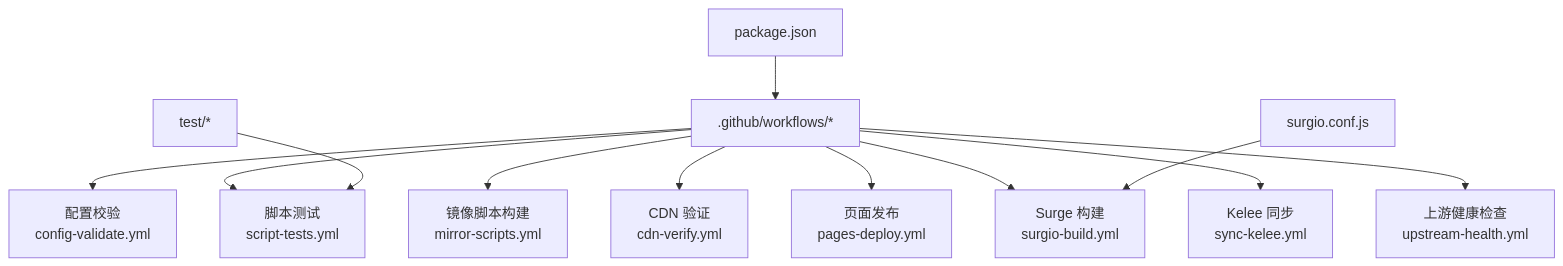
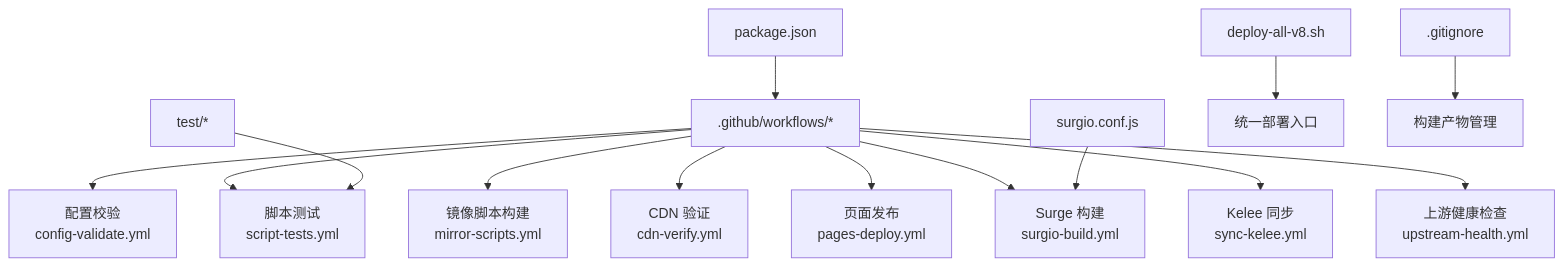
One commit to 3kaiu/config changed the first of 3 diagrams in .qoder/repowiki/zh/content/部署自动化/部署自动化.md. Above: the diagram before and after it, drawn with Mermaid. The commit also changed other lines of this file and 112 other files, not shown here.

````diff
--- a/.qoder/repowiki/zh/content/部署自动化/部署自动化.md
+++ b/.qoder/repowiki/zh/content/部署自动化/部署自动化.md
@@ -44,14 +54,16 @@
 ```mermaid
 graph TB
 A[".github/workflows/*"] --> B["配置校验<br/>config-validate.yml"]
 A --> C["脚本测试<br/>script-tests.yml"]
 A --> D["镜像脚本构建<br/>mirror-scripts.yml"]
 A --> E["CDN 验证<br/>cdn-verify.yml"]
 A --> F["页面发布<br/>pages-deploy.yml"]
 A --> G["Surge 构建<br/>surgio-build.yml"]
 A --> H["Kelee 同步<br/>sync-kelee.yml"]
 A --> I["上游健康检查<br/>upstream-health.yml"]
 J["surgio.conf.js"] --> G
 K["test/*"] --> C
 L["package.json"] --> A
+M["deploy-all-v8.sh"] --> N["统一部署入口"]
+O[".gitignore"] --> P["构建产物管理"]
 ```
````
